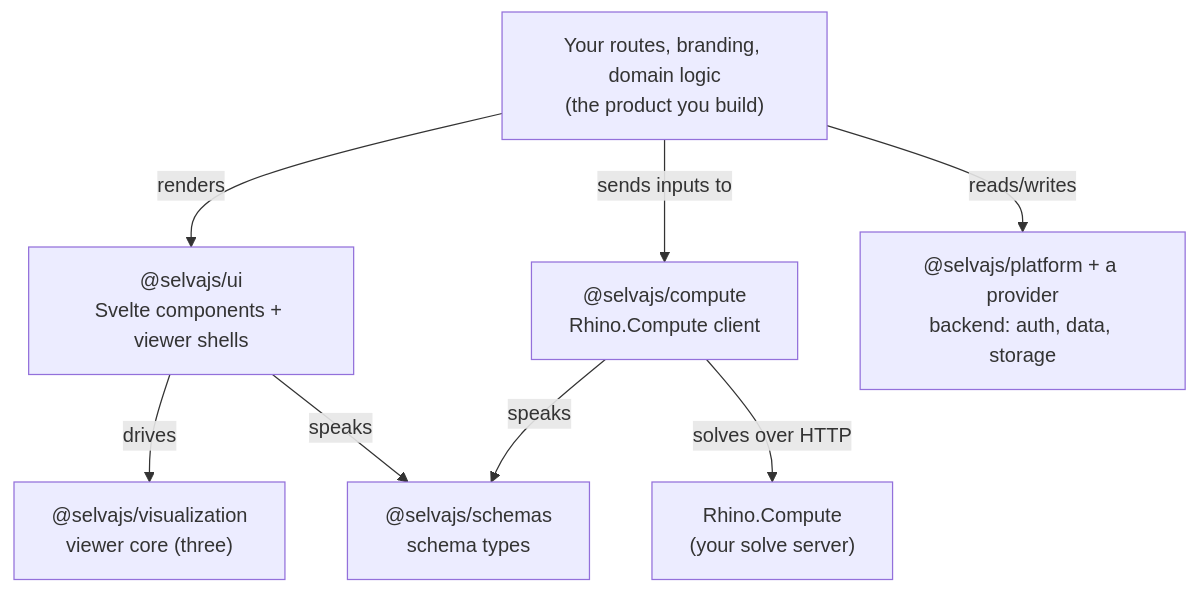
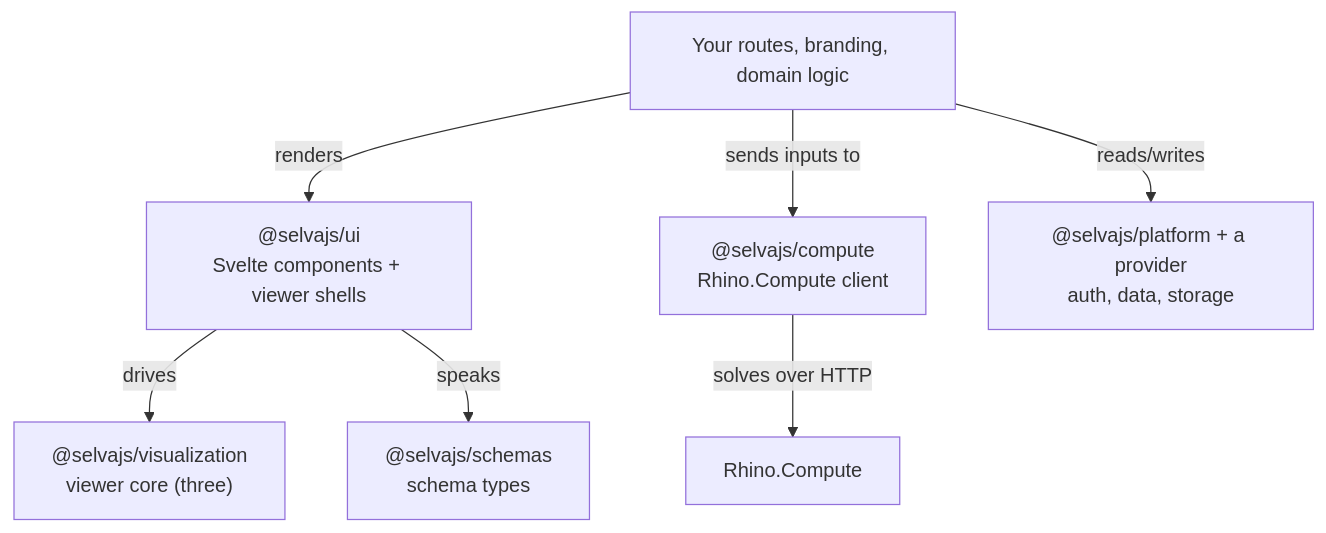
One commit to VektorNode/selva changed the diagram in docs/packages/build/overview.md. Above: the diagram before and after it, drawn with Mermaid. The commit also changed other lines of this file and 2087 other files, not shown here.

````diff
--- a/docs/packages/build/overview.md
+++ b/docs/packages/build/overview.md
@@ -16,18 +14,17 @@
 ```mermaid
 flowchart TB
-    routes["Your routes, branding, domain logic<br/>(the product you build)"]
+    routes["Your routes, branding, domain logic"]
     ui["@selvajs/ui<br/>Svelte components + viewer shells"]
     viz["@selvajs/visualization<br/>viewer core (three)"]
     compute["@selvajs/compute<br/>Rhino.Compute client"]
     schemas["@selvajs/schemas<br/>schema types"]
-    platform["@selvajs/platform + a provider<br/>backend: auth, data, storage"]
-    rc["Rhino.Compute<br/>(your solve server)"]
+    platform["@selvajs/platform + a provider<br/>auth, data, storage"]
+    rc["Rhino.Compute"]
 
     routes -->|renders| ui
     routes -->|reads/writes| platform
     routes -->|sends inputs to| compute
     ui -->|drives| viz
     ui -->|speaks| schemas
-    compute -->|speaks| schemas
     compute -->|solves over HTTP| rc
 ```
````
